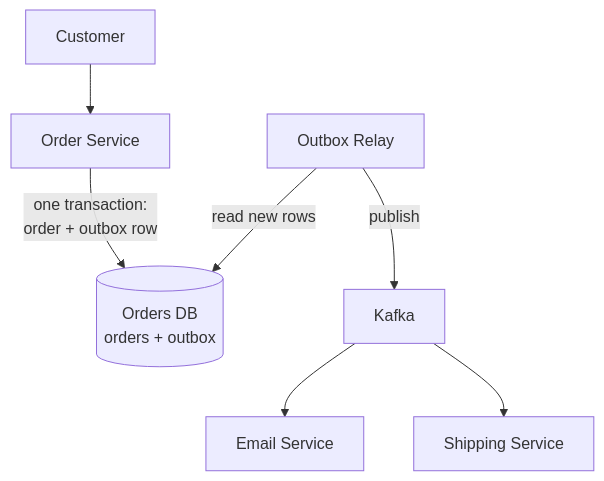
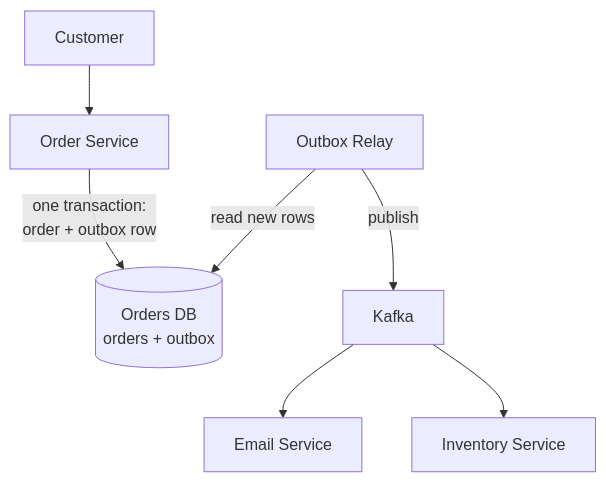
The second of 3 diagrams in content/system-design/distributed-systems/outbox-pattern.mdx (iamrs77/interview-ready), drawn with Mermaid before and after one commit. The commit also changed other lines of this file and 132 other files, not shown here.

````diff
--- a/content/system-design/distributed-systems/outbox-pattern.mdx
+++ b/content/system-design/distributed-systems/outbox-pattern.mdx
@@ -73,9 +76,9 @@
 ```mermaid
 flowchart TB
   User["Customer"]:::client --> Svc["Order Service"]:::service
   Svc -->|"one transaction:<br/>order + outbox row"| DB[("Orders DB<br/>orders + outbox")]:::db
   Relay["Outbox Relay"]:::service -->|"read new rows"| DB
   Relay -->|"publish"| K["Kafka"]:::queue
   K --> Email["Email Service"]:::service
-  K --> Ship["Shipping Service"]:::service
+  K --> Inv["Inventory Service"]:::service
 ```
````
